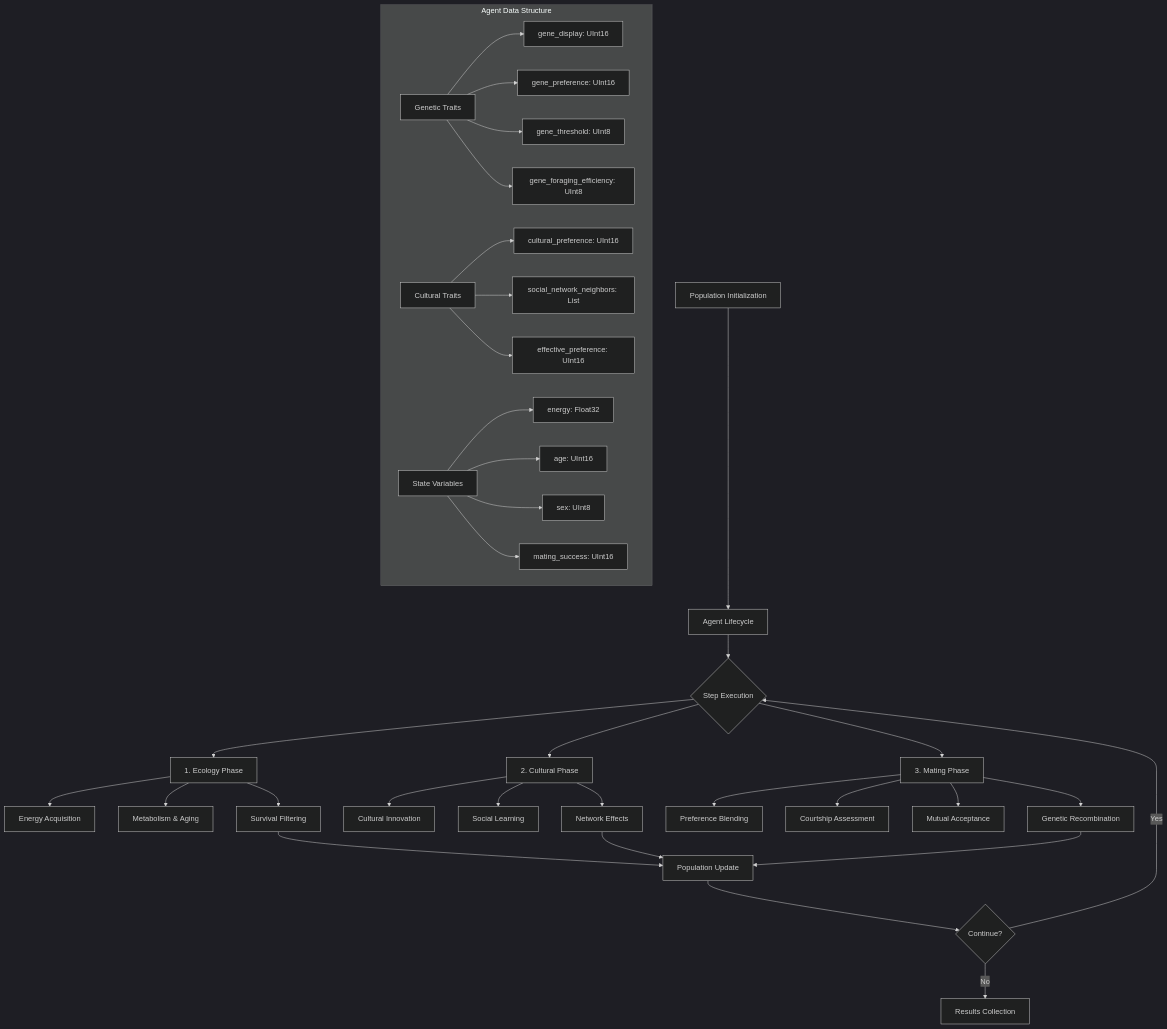
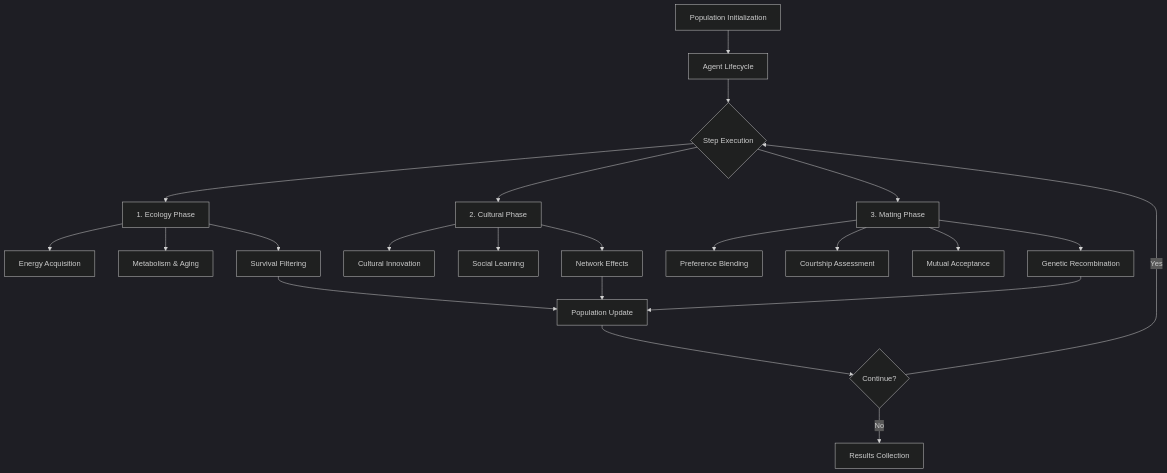
The first of 2 diagrams in README.md (adamamer20/lovebug), drawn with Mermaid (dark theme) before and after one commit. The commit also changed other lines of this file, not shown here.

Commit message:
feat: Update README.md to improve clarity of simulation flow and agent data structure representation

````diff
--- a/README.md
+++ b/README.md
@@ -103,50 +103,30 @@
 ```mermaid
 flowchart TD
     A[Population Initialization] --> B[Agent Lifecycle]
     B --> C{Step Execution}
 
     C --> D[1. Ecology Phase]
     C --> E[2. Cultural Phase]
     C --> F[3. Mating Phase]
 
     D --> D1[Energy Acquisition]
     D --> D2[Metabolism & Aging]
     D --> D3[Survival Filtering]
 
     E --> E1[Cultural Innovation]
     E --> E2[Social Learning]
     E --> E3[Network Effects]
 
     F --> F1[Preference Blending]
     F --> F2[Courtship Assessment]
     F --> F3[Mutual Acceptance]
     F --> F4[Genetic Recombination]
 
     D3 --> G[Population Update]
     E3 --> G
     F4 --> G
 
     G --> H{Continue?}
     H -->|Yes| C
     H -->|No| I[Results Collection]
-
-    subgraph "Agent Data Structure"
-        J[Genetic Traits]
-        K[Cultural Traits]
-        L[State Variables]
-
-        J --> J1[gene_display: UInt16]
-        J --> J2[gene_preference: UInt16]
-        J --> J3[gene_threshold: UInt8]
-        J --> J4[gene_foraging_efficiency: UInt8]
-
-        K --> K1[cultural_preference: UInt16]
-        K --> K2[social_network_neighbors: List]
-        K --> K3[effective_preference: UInt16]
-
-        L --> L1[energy: Float32]
-        L --> L2[age: UInt16]
-        L --> L3[sex: UInt8]
-        L --> L4[mating_success: UInt16]
-    end
 ```
````
